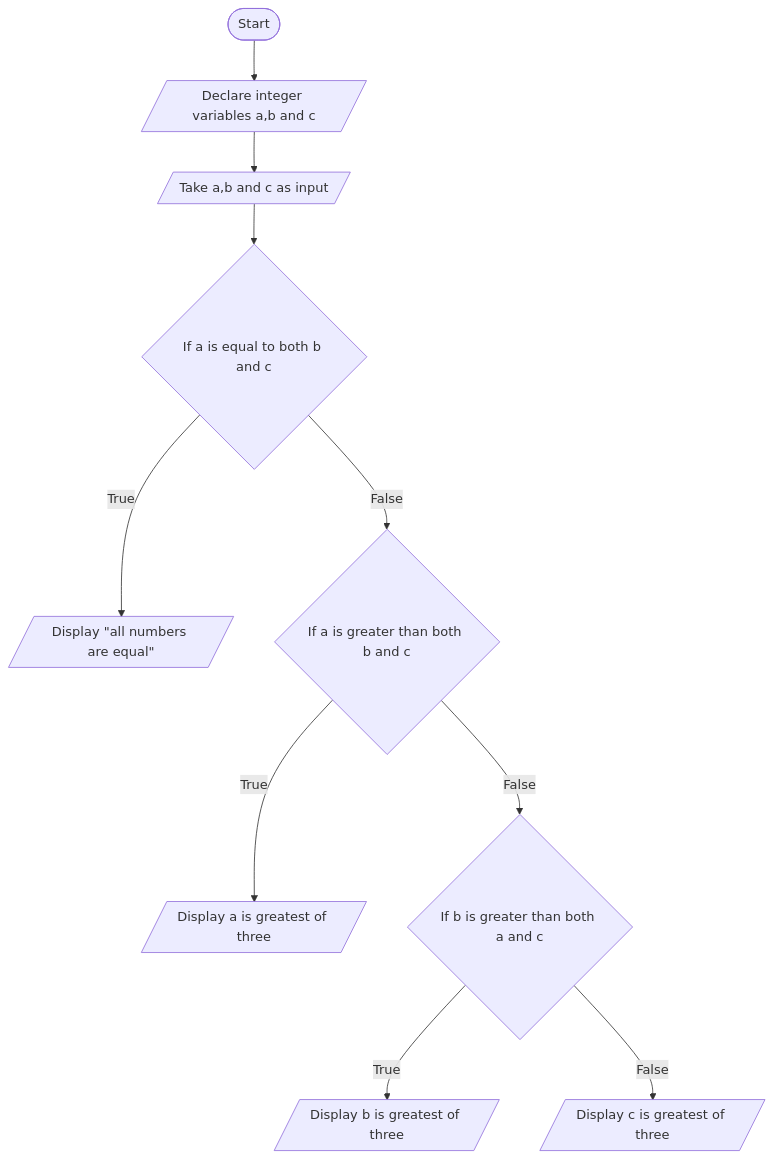
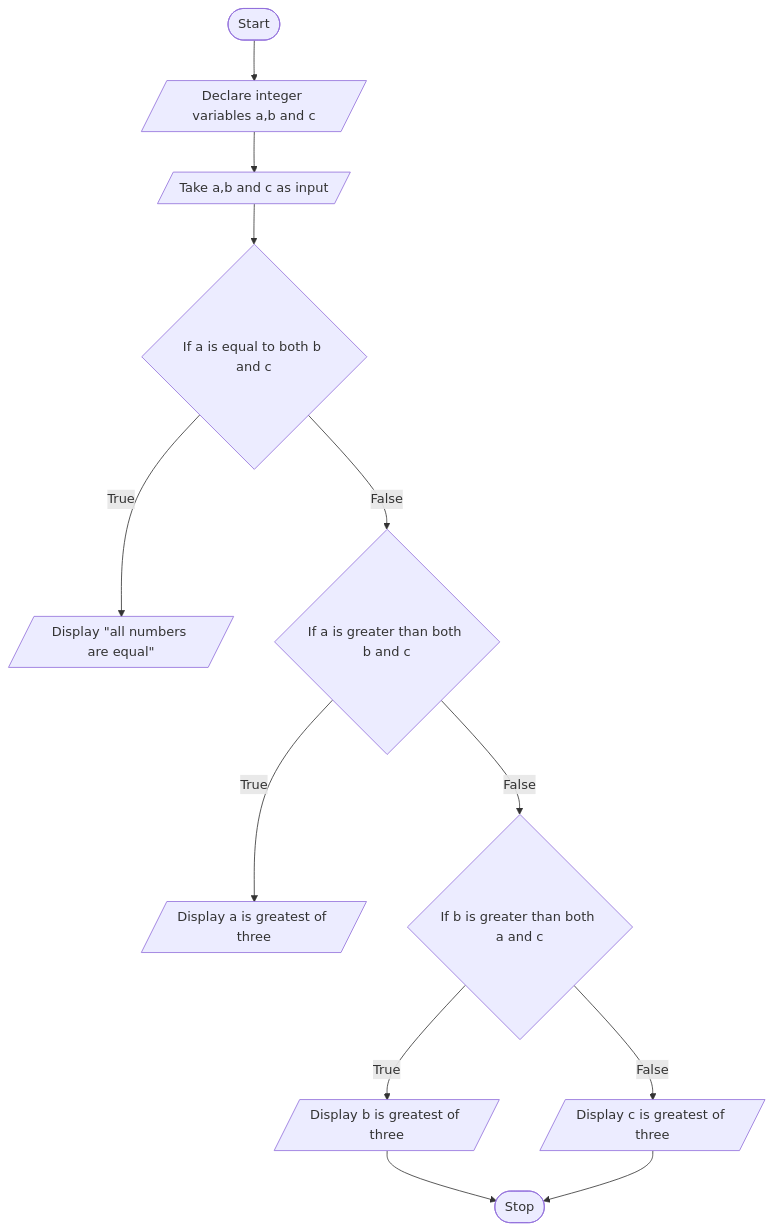
One commit to Sree2011/Exercises-c-java-python changed the diagram in Chapter-4/Pseudocodes/Problem3.md. Above: the diagram before and after it, drawn with Mermaid.

Commit message:
modified:   Chapter-4/Pseudocodes/Problem3.md

````diff
--- a/Chapter-4/Pseudocodes/Problem3.md
+++ b/Chapter-4/Pseudocodes/Problem3.md
@@ -37,12 +37,14 @@
 ```mermaid
 flowchart TD
 A([Start]) --> B[/Declare integer variables a,b and c/]
 B --> C[/Take a,b and c as input/]
 C --> D{If a is equal to both b and c}
 D --> |True|E[/Display "all numbers are equal"/]
 D --> |False|F{If a is greater than both b and c}
 F --> |True|G[/Display a is greatest of three/]
 F --> |False| H{If b is greater than both a and c}
 H --> |True| I[/Display b is greatest of three/]
 H --> |False|J[/Display c is greatest of three/]
+I --> K([Stop])
+J --> K
 ```
````
